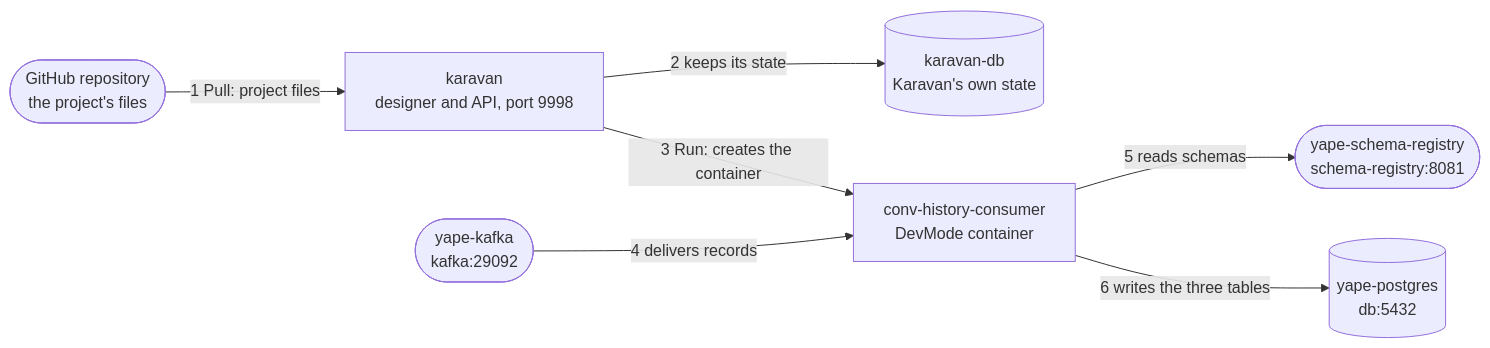
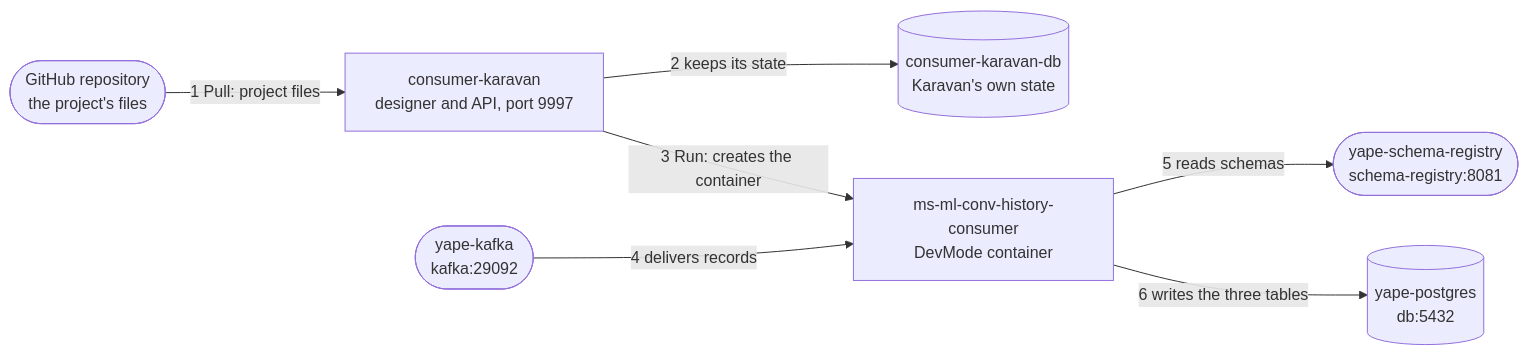
One commit to m-almeida-p/ms-ml-conv-history-consumer changed the second of 5 diagrams in docs/design.md. Above: the diagram before and after it, drawn with Mermaid. The commit also changed other lines of this file and 28 other files, not shown here.

First line of the commit message:
Run next to ms-ml-camel-conv-history-bs: unique names and ports

````diff
--- a/docs/design.md
+++ b/docs/design.md
@@ -62,17 +62,17 @@
 ```mermaid
 flowchart LR
     git(["GitHub repository<br/>the project's files"])
-    karavan["karavan<br/>designer and API, port 9998"]
-    karavandb[("karavan-db<br/>Karavan's own state")]
-    devmode["conv-history-consumer<br/>DevMode container"]
+    karavan["consumer-karavan<br/>designer and API, port 9997"]
+    karavandb[("consumer-karavan-db<br/>Karavan's own state")]
+    devmode["ms-ml-conv-history-consumer<br/>DevMode container"]
     kafka(["yape-kafka<br/>kafka:29092"])
     sr(["yape-schema-registry<br/>schema-registry:8081"])
     pg[("yape-postgres<br/>db:5432")]
 
     git -- "1 Pull: project files" --> karavan
     karavan -- "2 keeps its state" --> karavandb
     karavan -- "3 Run: creates the container" --> devmode
     kafka -- "4 delivers records" --> devmode
     devmode -- "5 reads schemas" --> sr
     devmode -- "6 writes the three tables" --> pg
 ```
````
